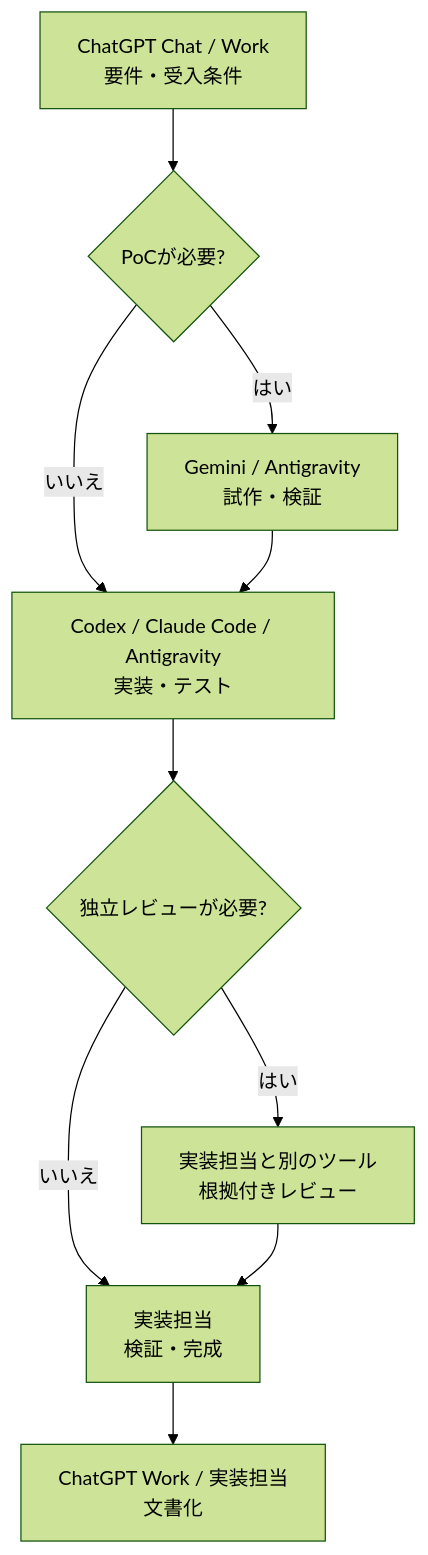
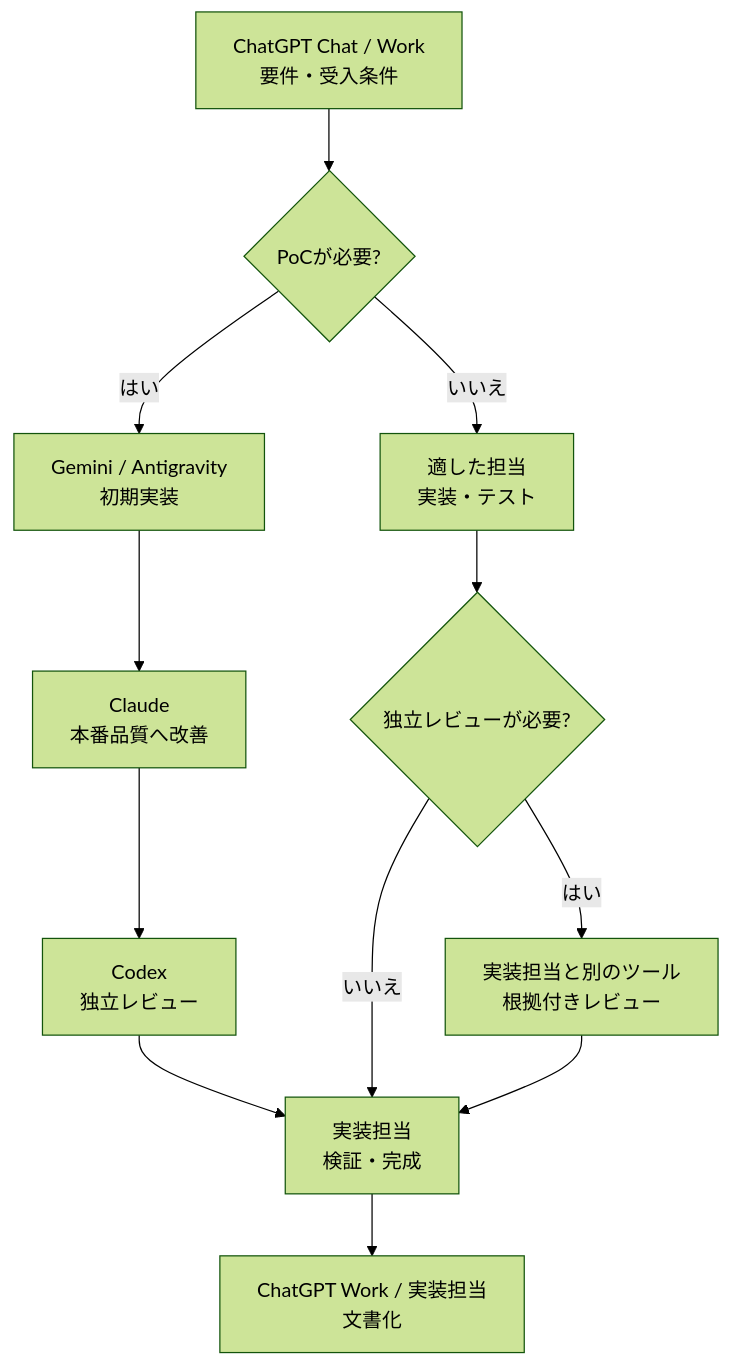
The diagram in docs/routing-guide.md (moruku36/multi-ai-workflow), drawn with Mermaid (forest theme) before and after one commit. The commit also changed other lines of this file and 5 other files, not shown here.

````diff
--- a/docs/routing-guide.md
+++ b/docs/routing-guide.md
@@ -34,12 +34,14 @@
 ```mermaid
 flowchart TD
     P["ChatGPT Chat / Work<br/>要件・受入条件"] --> Q{"PoCが必要?"}
-    Q -->|はい| G["Gemini / Antigravity<br/>試作・検証"]
-    Q -->|いいえ| C["Codex / Claude Code / Antigravity<br/>実装・テスト"]
-    G --> C
+    Q -->|はい| G["Gemini / Antigravity<br/>初期実装"]
+    Q -->|いいえ| C["適した担当<br/>実装・テスト"]
+    G --> H["Claude<br/>本番品質へ改善"]
+    H --> X["Codex<br/>独立レビュー"]
+    X --> F
     C --> R{"独立レビューが必要?"}
     R -->|はい| V["実装担当と別のツール<br/>根拠付きレビュー"]
     R -->|いいえ| F["実装担当<br/>検証・完成"]
     V --> F
     F --> D["ChatGPT Work / 実装担当<br/>文書化"]
 ```
````
